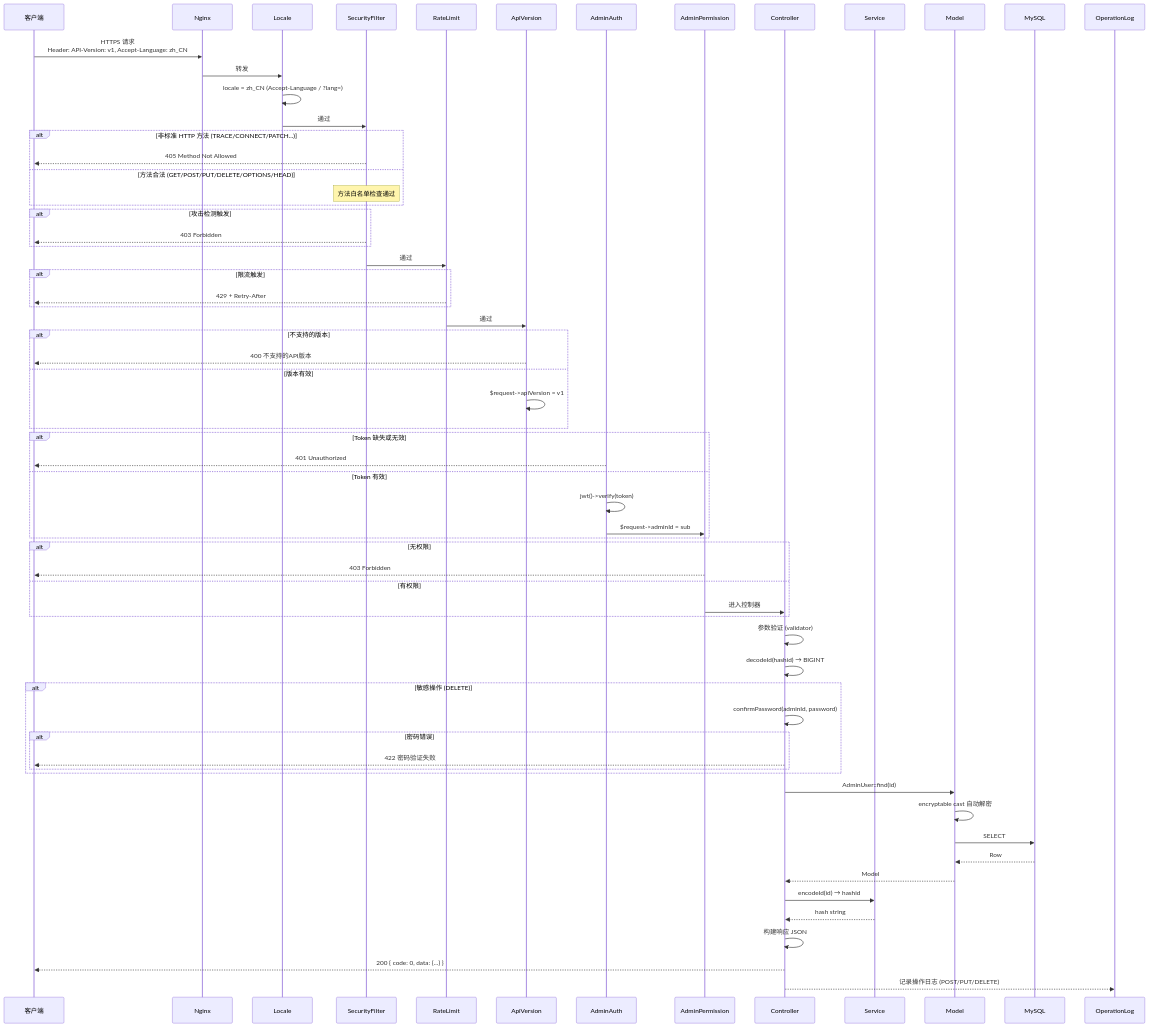
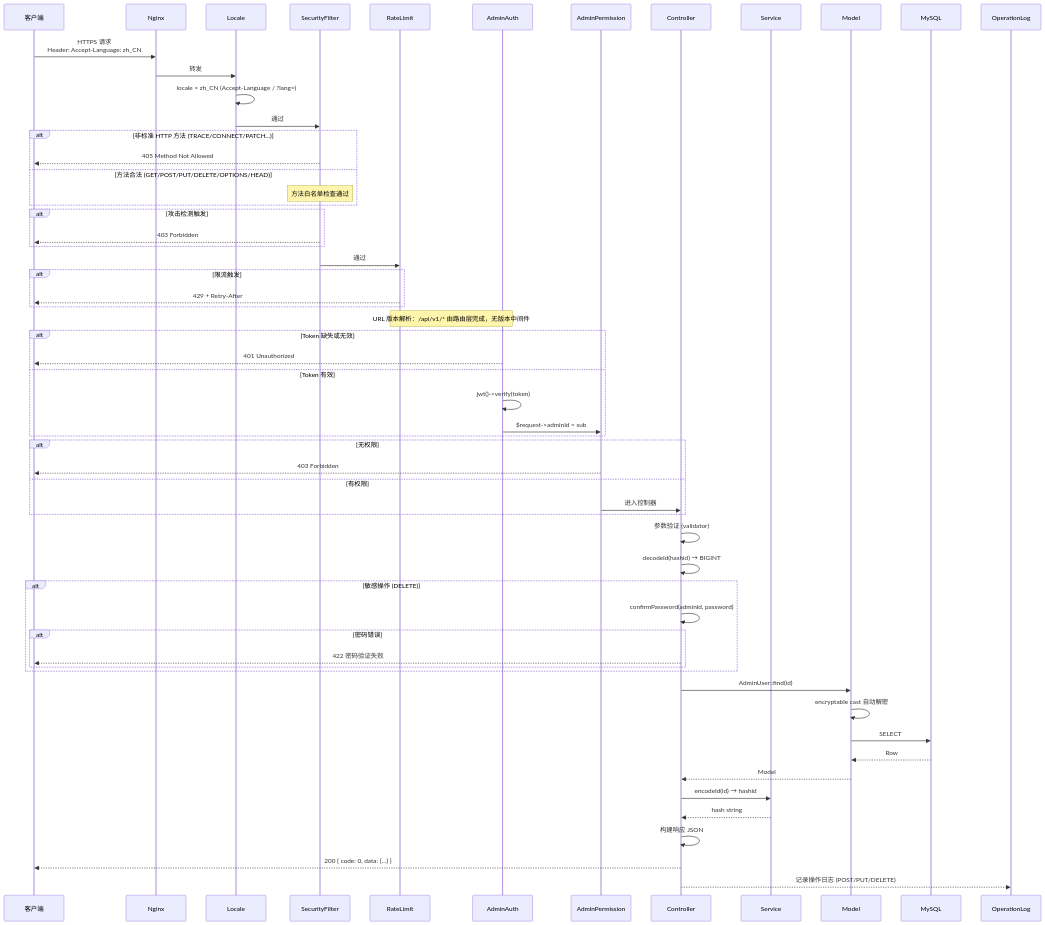
One commit to erikwang2013/integrated-global-logistics changed the third of 14 diagrams in admin/docs/ARCHITECTURE.md. Above: the diagram before and after it, drawn with Mermaid. The commit also changed other lines of this file and 147 other files, not shown here.

First line of the commit message:
feat(api): API 版本号移入 URL 路径（/api/v1），移除 API-Version 头机制

````diff
--- a/admin/docs/ARCHITECTURE.md
+++ b/admin/docs/ARCHITECTURE.md
@@ -145,82 +143,75 @@
 ```mermaid
 sequenceDiagram
     participant C as 客户端
     participant N as Nginx
     participant MW_LOC as Locale
     participant MW_SF as SecurityFilter
     participant MW_RL as RateLimit
-    participant MW0 as ApiVersion
     participant MW1 as AdminAuth
     participant MW2 as AdminPermission
     participant CTL as Controller
     participant SVC as Service
     participant MDL as Model
     participant DB as MySQL
     participant OPLOG as OperationLog
 
-    C->>N: HTTPS 请求<br/>Header: API-Version: v1, Accept-Language: zh_CN
+    C->>N: HTTPS 请求<br/>Header: Accept-Language: zh_CN
     N->>MW_LOC: 转发
 
     MW_LOC->>MW_LOC: locale = zh_CN (Accept-Language / ?lang=)
     MW_LOC->>MW_SF: 通过
 
     alt 非标准 HTTP 方法 (TRACE/CONNECT/PATCH...)
         MW_SF-->>C: 405 Method Not Allowed
     else 方法合法 (GET/POST/PUT/DELETE/OPTIONS/HEAD)
         Note over MW_SF: 方法白名单检查通过
     end
 
     alt 攻击检测触发
         MW_SF-->>C: 403 Forbidden
     end
 
     MW_SF->>MW_RL: 通过
 
     alt 限流触发
         MW_RL-->>C: 429 + Retry-After
     end
 
-    MW_RL->>MW0: 通过
-
-    alt 不支持的版本
-        MW0-->>C: 400 不支持的API版本
-    else 版本有效
-        MW0->>MW0: $request->apiVersion = v1
-    end
+    Note over MW_RL,MW1: URL 版本解析：/api/v1/* 由路由层完成，无版本中间件
 
     alt Token 缺失或无效
         MW1-->>C: 401 Unauthorized
     else Token 有效
         MW1->>MW1: jwt()->verify(token)
         MW1->>MW2: $request->adminId = sub
     end
 
     alt 无权限
         MW2-->>C: 403 Forbidden
     else 有权限
         MW2->>CTL: 进入控制器
     end
 
     CTL->>CTL: 参数验证 (validator)
     CTL->>CTL: decodeId(hashid) → BIGINT
 
     alt 敏感操作 (DELETE)
         CTL->>CTL: confirmPassword(adminId, password)
         alt 密码错误
             CTL-->>C: 422 密码验证失败
         end
     end
 
     CTL->>MDL: AdminUser::find(id)
     MDL->>MDL: encryptable cast 自动解密
     MDL->>DB: SELECT
     DB-->>MDL: Row
     MDL-->>CTL: Model
 
     CTL->>SVC: encodeId(id) → hashid
     SVC-->>CTL: hash string
 
     CTL->>CTL: 构建响应 JSON
     CTL-->>C: 200 { code: 0, data: {...} }
     CTL-->>OPLOG: 记录操作日志 (POST/PUT/DELETE)
 ```
````
